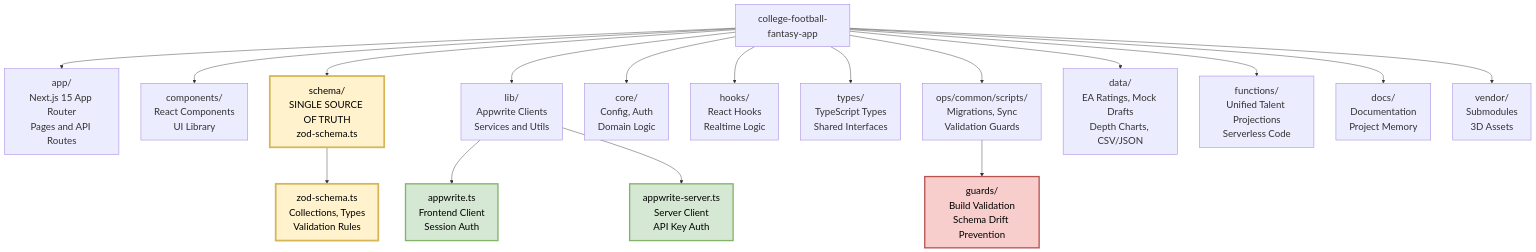
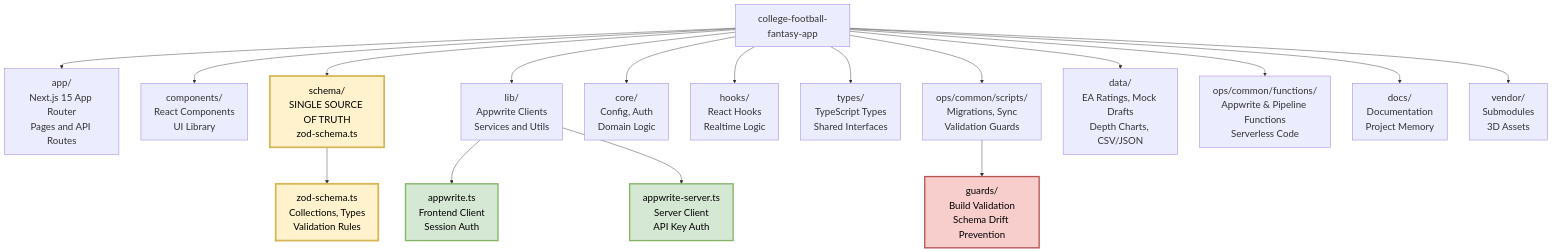
Before and after one commit to kpm34/college-football-fantasy-app: the first of 5 diagrams in docs/PROJECT_MAP.md, drawn with Mermaid. The commit also changed 6 other files, not shown here.

Commit message:
chore(ops): fix guards to detect SSOT schemas; update diagrams to ops/common/functions; remove legacy guardrails dir; fix scripts paths in package.json

````diff
--- a/docs/PROJECT_MAP.md
+++ b/docs/PROJECT_MAP.md
@@ -12,38 +12,38 @@
 ```mermaid
 %%{init: {'themeVariables': {'fontSize': '22px'}}}%%
 graph TD
     ROOT[college-football-fantasy-app]
     
     %% Core Application
     ROOT --> APP[app/<br/>Next.js 15 App Router<br/>Pages and API Routes]
     ROOT --> COMPONENTS[components/<br/>React Components<br/>UI Library]
     ROOT --> SCHEMA[schema/<br/>SINGLE SOURCE OF TRUTH<br/>zod-schema.ts]
     
     %% Configuration and Services  
     ROOT --> LIB[lib/<br/>Appwrite Clients<br/>Services and Utils]
     ROOT --> CORE[core/<br/>Config, Auth<br/>Domain Logic]
     ROOT --> HOOKS[hooks/<br/>React Hooks<br/>Realtime Logic]
     ROOT --> TYPES[types/<br/>TypeScript Types<br/>Shared Interfaces]
     
     %% Data and Scripts
     ROOT --> SCRIPTS[ops/common/scripts/<br/>Migrations, Sync<br/>Validation Guards]
     ROOT --> DATA[data/<br/>EA Ratings, Mock Drafts<br/>Depth Charts, CSV/JSON]
-    ROOT --> FUNCTIONS[functions/<br/>Unified Talent Projections<br/>Serverless Code]
+    ROOT --> FUNCTIONS[ops/common/functions/<br/>Appwrite & Pipeline Functions<br/>Serverless Code]
     
     %% Documentation and Deployment
     ROOT --> DOCS[docs/<br/>Documentation<br/>Project Memory]
     ROOT --> VENDOR[vendor/<br/>Submodules<br/>3D Assets]
     
     %% Key Files Detail
     SCHEMA --> SSOT[zod-schema.ts<br/>Collections, Types<br/>Validation Rules]
     LIB --> FRONTEND[appwrite.ts<br/>Frontend Client<br/>Session Auth]
     LIB --> BACKEND[appwrite-server.ts<br/>Server Client<br/>API Key Auth]
     SCRIPTS --> GUARDS[guards/<br/>Build Validation<br/>Schema Drift Prevention]
     
     %% Styling
     style SCHEMA fill:#fff2cc,stroke:#d6b656,stroke-width:4px,color:#000000
     style SSOT fill:#fff2cc,stroke:#d6b656,stroke-width:4px,color:#000000
     style GUARDS fill:#f8cecc,stroke:#b85450,stroke-width:3px,color:#000000
     style FRONTEND fill:#d5e8d4,stroke:#82b366,stroke-width:3px,color:#000000
     style BACKEND fill:#d5e8d4,stroke:#82b366,stroke-width:3px,color:#000000
 ```
````
